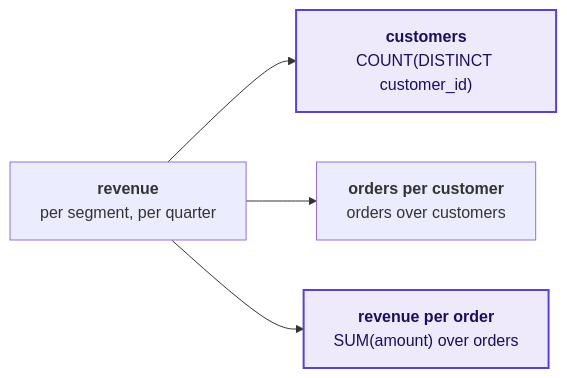
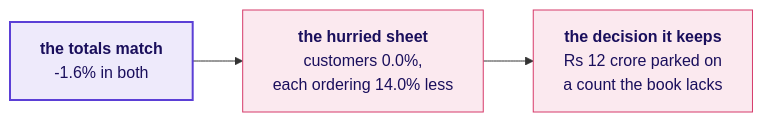
Before and after one commit to fde-academy-lab/c2-content-factory: the tenth of 22 diagrams in content/W02/D1/slides/C2_W02_D01_half1_STUDENT.md, drawn with Mermaid. The commit also changed other lines of this file and 3 other files, not shown here.

````diff
--- a/content/W02/D1/slides/C2_W02_D01_half1_STUDENT.md
+++ b/content/W02/D1/slides/C2_W02_D01_half1_STUDENT.md
@@ -523,8 +683,9 @@
 ```mermaid
 flowchart LR
-    R["<b>revenue</b><br/>per segment, per quarter"] --> C["<b>customers</b><br/>COUNT(DISTINCT customer_id)"]
-    R --> F["<b>orders per customer</b><br/>orders over customers"]
-    R --> V["<b>revenue per order</b><br/>SUM(amount) over orders"]
+    T["<b>the totals match</b><br/>-1.6% in both"] --> W["<b>the hurried sheet</b><br/>customers 0.0%,<br/>each ordering 14.0% less"]
+    W --> D["<b>the decision it keeps</b><br/>Rs 12 crore parked on<br/>a count the book lacks"]
+    classDef bad fill:#FBE9EF,stroke:#D63A6A,color:#1A0F5C
     classDef known fill:#EEEAFB,stroke:#5B3FD6,color:#1A0F5C,stroke-width:2px
-    class C,V known
+    class T known
+    class W,D bad
 ```
````
